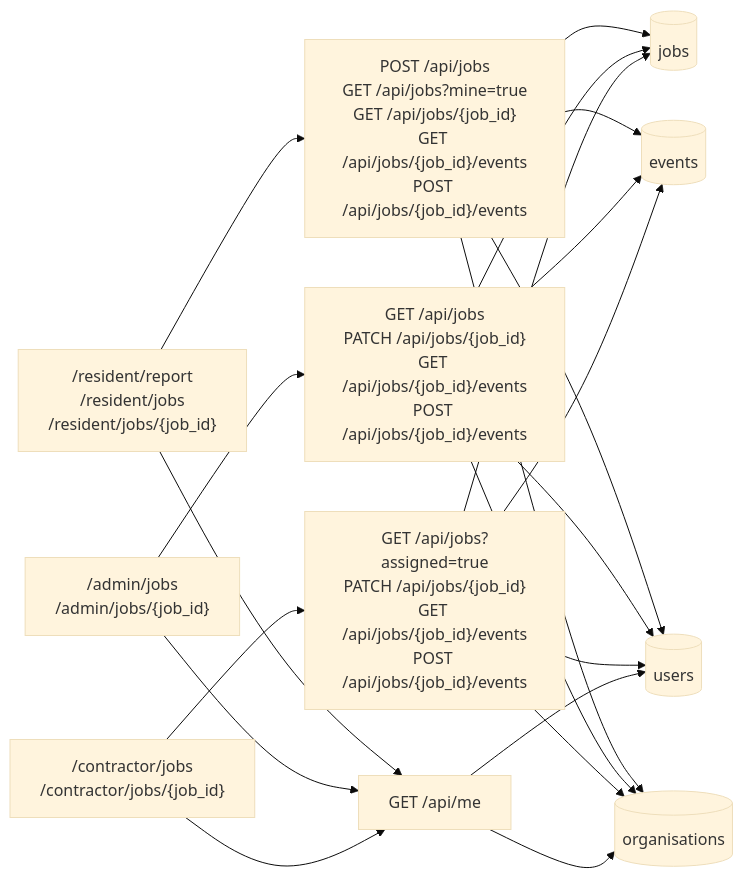
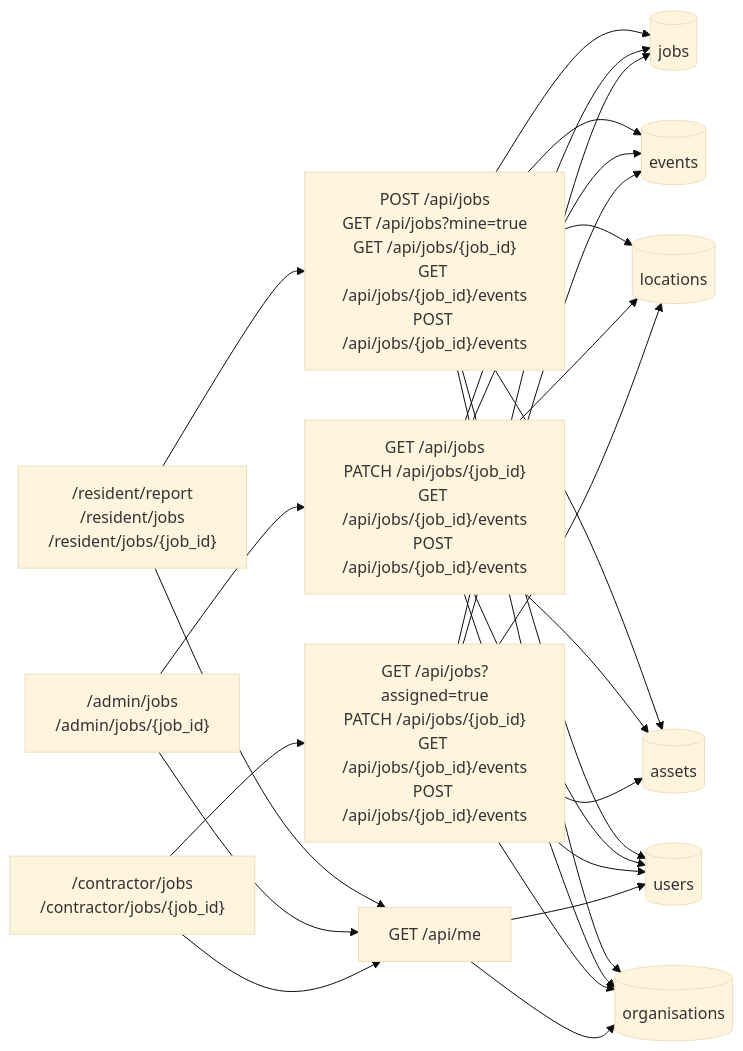
One commit to papa-halan/fixhub-v1_r changed the second of 4 diagrams in README.md. Above: the diagram before and after it, drawn with Mermaid (base theme). The commit also changed other lines of this file and 32 other files, not shown here.

````diff
--- a/README.md
+++ b/README.md
@@ -90,42 +124,50 @@
 ```mermaid
 flowchart LR
     ResidentPage["/resident/report<br/>/resident/jobs<br/>/resident/jobs/{job_id}"]
     AdminPage["/admin/jobs<br/>/admin/jobs/{job_id}"]
     ContractorPage["/contractor/jobs<br/>/contractor/jobs/{job_id}"]
 
     ResidentAPI["POST /api/jobs<br/>GET /api/jobs?mine=true<br/>GET /api/jobs/{job_id}<br/>GET /api/jobs/{job_id}/events<br/>POST /api/jobs/{job_id}/events"]
     AdminAPI["GET /api/jobs<br/>PATCH /api/jobs/{job_id}<br/>GET /api/jobs/{job_id}/events<br/>POST /api/jobs/{job_id}/events"]
     ContractorAPI["GET /api/jobs?assigned=true<br/>PATCH /api/jobs/{job_id}<br/>GET /api/jobs/{job_id}/events<br/>POST /api/jobs/{job_id}/events"]
     MeAPI["GET /api/me"]
 
     Jobs[(jobs)]
     Events[(events)]
+    Locations[(locations)]
+    Assets[(assets)]
     Users[(users)]
     Orgs[(organisations)]
 
     ResidentPage --> ResidentAPI
     AdminPage --> AdminAPI
     ContractorPage --> ContractorAPI
 
     ResidentPage --> MeAPI
     AdminPage --> MeAPI
     ContractorPage --> MeAPI
 
     ResidentAPI --> Jobs
     ResidentAPI --> Events
+    ResidentAPI --> Locations
+    ResidentAPI --> Assets
     ResidentAPI --> Users
     ResidentAPI --> Orgs
 
     AdminAPI --> Jobs
     AdminAPI --> Events
+    AdminAPI --> Locations
+    AdminAPI --> Assets
     AdminAPI --> Users
     AdminAPI --> Orgs
 
     ContractorAPI --> Jobs
     ContractorAPI --> Events
+    ContractorAPI --> Locations
+    ContractorAPI --> Assets
     ContractorAPI --> Users
     ContractorAPI --> Orgs
 
     MeAPI --> Users
     MeAPI --> Orgs
 ```
````
